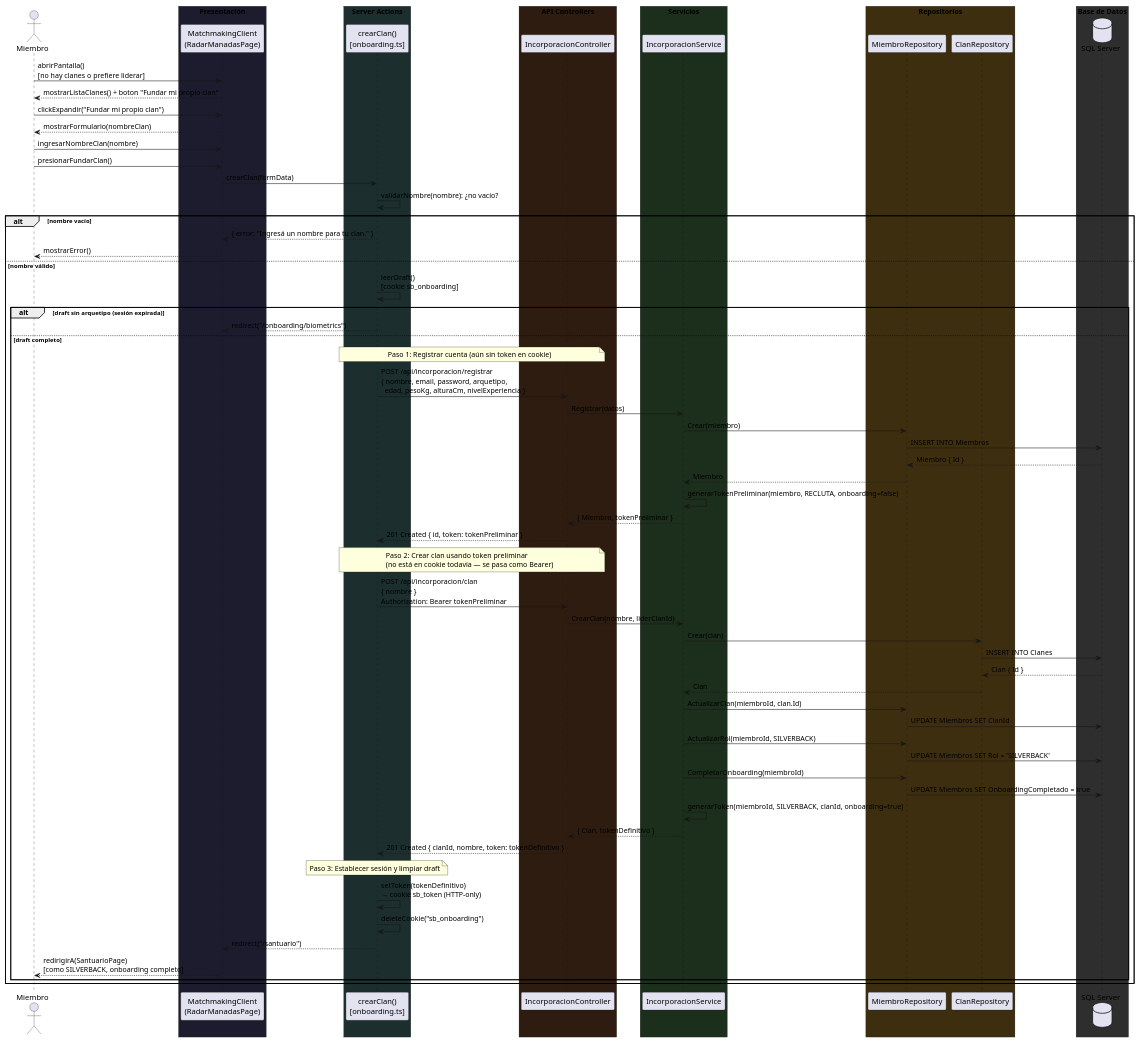
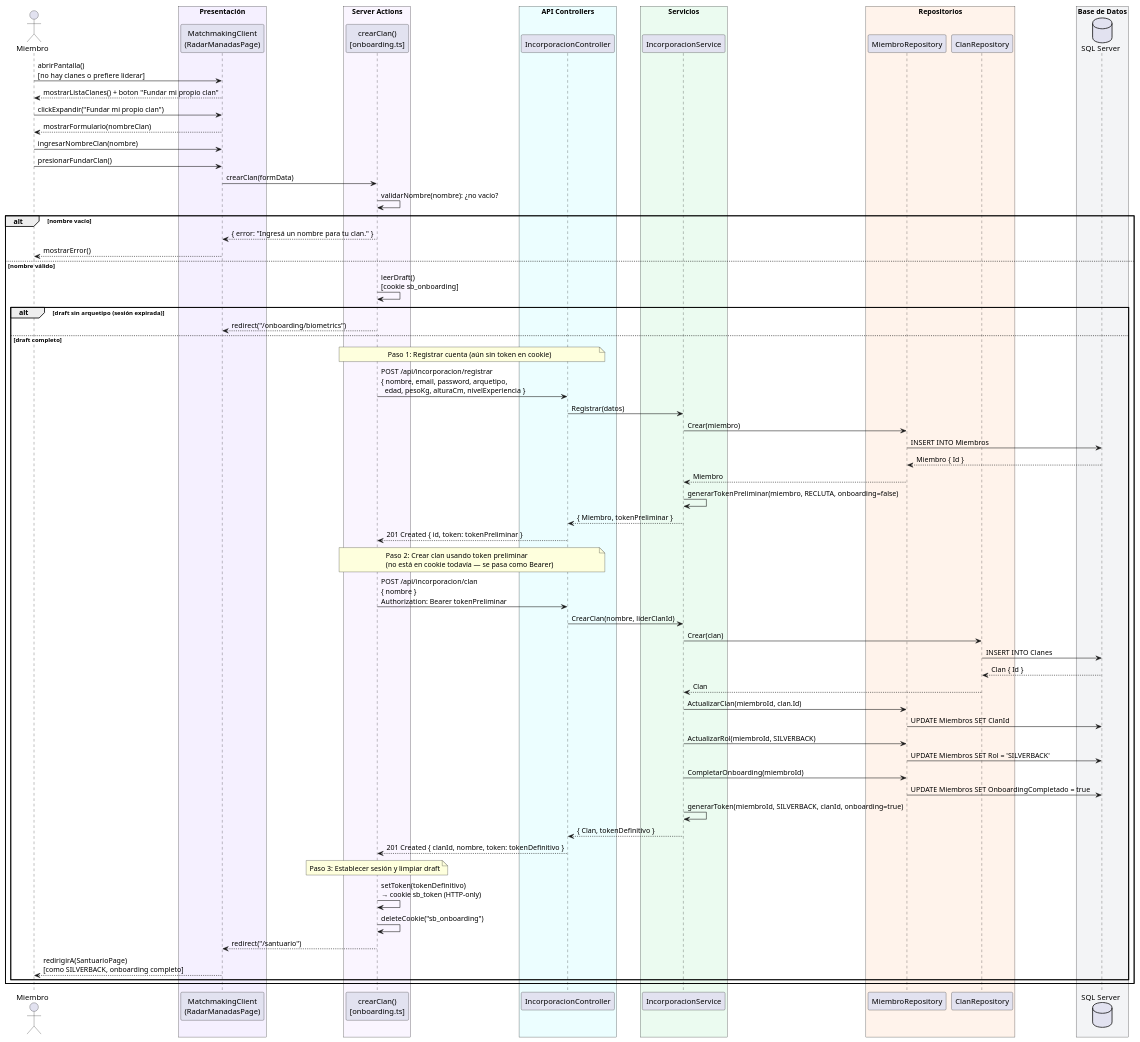
The sixth of 8 diagrams in silverback/docs/Modificacion-Carpeta.md (nicolassepulveda13/SAP), drawn with PlantUML before and after one commit. The commit also changed other lines of this file and 9 other files, not shown here.

First line of the commit message:
docs: diagrama de clases en 5 capas (general + uno por capa) y colores claros en secuencias

```diff
--- a/silverback/docs/Modificacion-Carpeta.md
+++ b/silverback/docs/Modificacion-Carpeta.md
@@ -528,28 +528,28 @@
 
 actor Miembro
 
-box "Presentación" #1C1C2E
+box "Presentación" #F5F0FF
   participant "MatchmakingClient\n(RadarManadasPage)" as Page
 end box
 
-box "Server Actions" #1C2E2E
+box "Server Actions" #FAF5FF
   participant "crearClan()\n[onboarding.ts]" as Action
 end box
 
-box "API Controllers" #2E1C10
+box "API Controllers" #ECFEFF
   participant "IncorporacionController" as Ctrl
 end box
 
-box "Servicios" #1C2E1C
+box "Servicios" #EBFBF0
   participant "IncorporacionService" as Svc
 end box
 
-box "Repositorios" #3E2E10
+box "Repositorios" #FFF3EB
   participant "MiembroRepository" as MRepo
   participant "ClanRepository" as CRepo
 end box
 
-box "Base de Datos" #2E2E2E
+box "Base de Datos" #F3F4F6
   database "SQL Server" as DB
 end box
 
```
